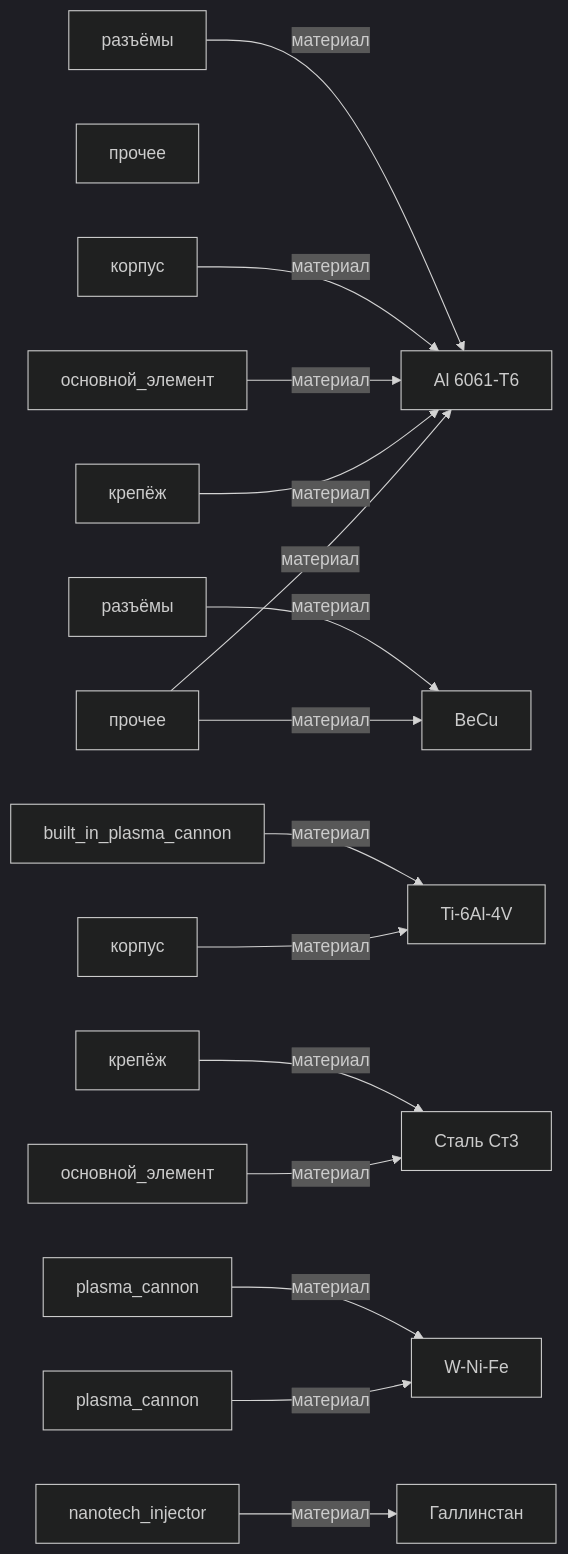
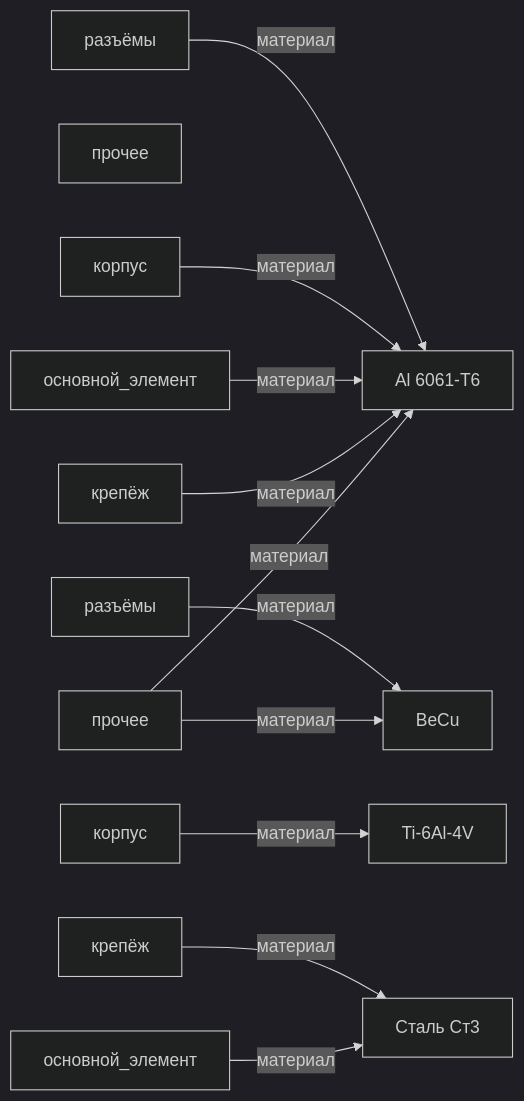
One commit to a-m-e-n-t-e-t/SkyNet changed the diagram in graphs/mermaid/graph1_встроенное_оружие.md. Above: the diagram before and after it, drawn with Mermaid (dark theme). The commit also changed other lines of this file and 182 other files, not shown here.

````diff
--- a/graphs/mermaid/graph1_встроенное_оружие.md
+++ b/graphs/mermaid/graph1_встроенное_оружие.md
@@ -3,37 +3,27 @@
 ```mermaid
 graph LR
     izdelie_granatomet_m320[прочее]
     izdelie_minigun_m134[прочее]
     часть_granatomet_m320_mounting[крепёж]
     часть_granatomet_m320_core[основной_элемент]
     часть_granatomet_m320_housing[корпус]
     часть_granatomet_m320_connectors[разъёмы]
     часть_minigun_m134_connectors[разъёмы]
     часть_minigun_m134_housing[корпус]
     часть_minigun_m134_core[основной_элемент]
     часть_minigun_m134_mounting[крепёж]
-    часть_hk_aerial_плазма_пушка[plasma_cannon]
-    часть_hk_tank_плазма_пушка_1[plasma_cannon]
-    часть_t_x_нанотех_инъектор[nanotech_injector]
-    часть_t_x_плазма_пушка[built_in_plasma_cannon]
     material_al_6061_t6[Al 6061-T6]
     material_becu[BeCu]
-    material_gallinstan[Галлинстан]
     material_stal_st3[Сталь Ст3]
     material_ti_6al_4v[Ti-6Al-4V]
-    material_w_ni_fe[W-Ni-Fe]
     izdelie_granatomet_m320 -->|материал| material_al_6061_t6
     izdelie_granatomet_m320 -->|материал| material_becu
     часть_granatomet_m320_mounting -->|материал| material_al_6061_t6
     часть_granatomet_m320_core -->|материал| material_al_6061_t6
     часть_granatomet_m320_housing -->|материал| material_al_6061_t6
     часть_granatomet_m320_connectors -->|материал| material_becu
     часть_minigun_m134_connectors -->|материал| material_al_6061_t6
     часть_minigun_m134_housing -->|материал| material_ti_6al_4v
     часть_minigun_m134_core -->|материал| material_stal_st3
     часть_minigun_m134_mounting -->|материал| material_stal_st3
-    часть_hk_aerial_плазма_пушка -->|материал| material_w_ni_fe
-    часть_hk_tank_плазма_пушка_1 -->|материал| material_w_ni_fe
-    часть_t_x_нанотех_инъектор -->|материал| material_gallinstan
-    часть_t_x_плазма_пушка -->|материал| material_ti_6al_4v
 ```
````
